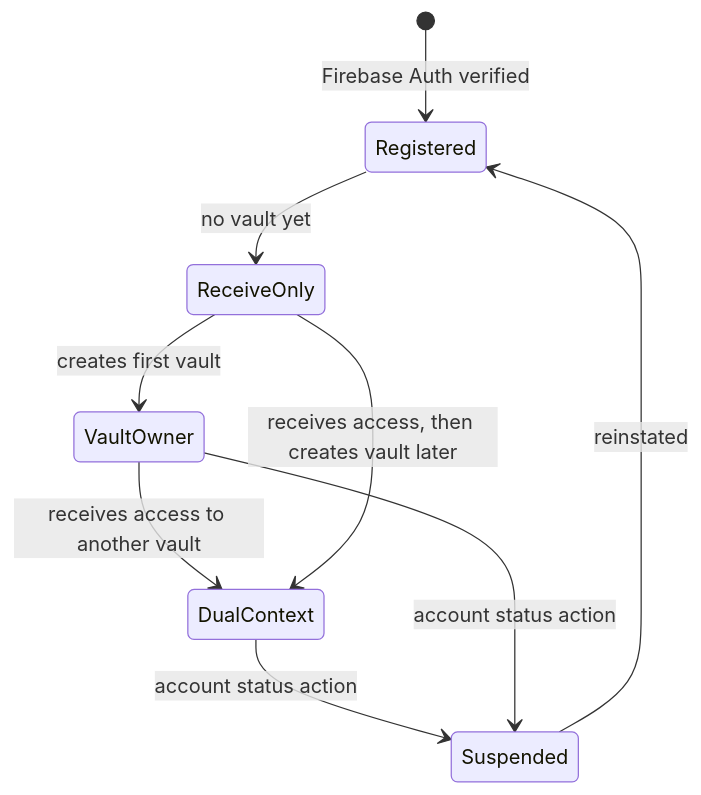
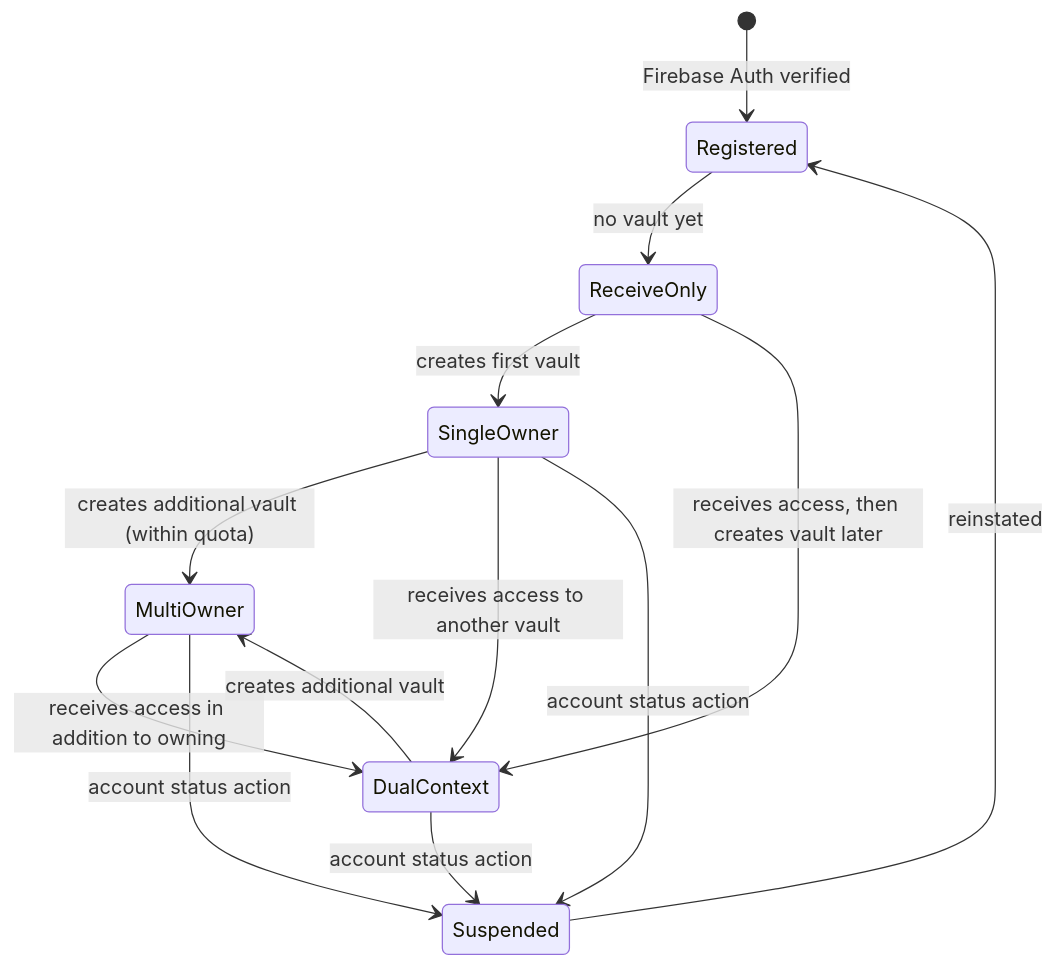
The diagram in docs/architecture/account-role-model.md (kackey621/Bokunokoto), drawn with Mermaid before and after one commit. The commit also changed other lines of this file and 19 other files, not shown here.

First line of the commit message:
Multi-tenant rewrite plan: account → N vaults

````diff
--- a/docs/architecture/account-role-model.md
+++ b/docs/architecture/account-role-model.md
@@ -34,11 +37,15 @@
 ```mermaid
 stateDiagram-v2
     [*] --> Registered: Firebase Auth verified
     Registered --> ReceiveOnly: no vault yet
-    ReceiveOnly --> VaultOwner: creates first vault
-    VaultOwner --> DualContext: receives access to another vault
+    ReceiveOnly --> SingleOwner: creates first vault
+    SingleOwner --> MultiOwner: creates additional vault (within quota)
+    SingleOwner --> DualContext: receives access to another vault
+    MultiOwner --> DualContext: receives access in addition to owning
     ReceiveOnly --> DualContext: receives access, then creates vault later
+    DualContext --> MultiOwner: creates additional vault
+    MultiOwner --> Suspended: account status action
     DualContext --> Suspended: account status action
-    VaultOwner --> Suspended: account status action
+    SingleOwner --> Suspended: account status action
     Suspended --> Registered: reinstated
 ```
````
